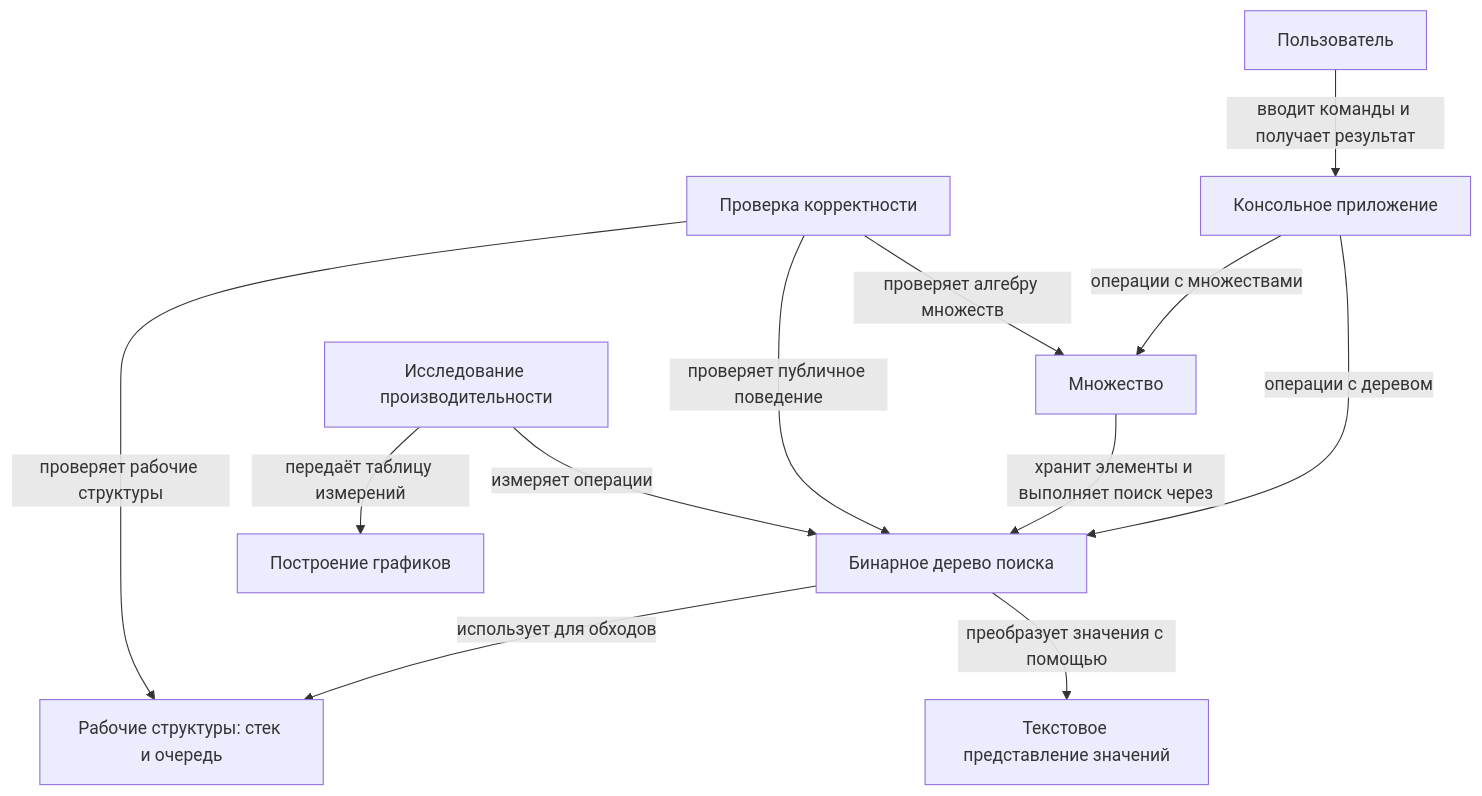
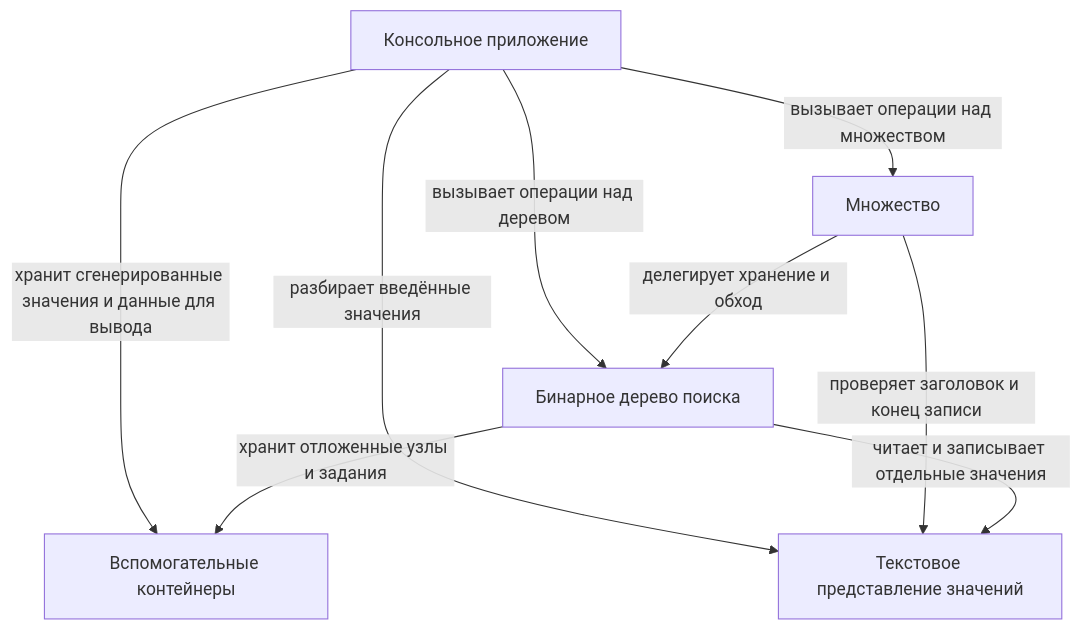
One commit to monxchrxme/NLS-Lab1-BinSearchTree changed the second of 4 diagrams in design.md. Above: the diagram before and after it, drawn with Mermaid. The commit also changed other lines of this file, not shown here.

````diff
--- a/design.md
+++ b/design.md
@@ -37,14 +41,11 @@
 ```mermaid
 flowchart TD
-    User["Пользователь"] -->|"вводит команды и получает результат"| CLI["Консольное приложение"]
-    CLI -->|"операции с деревом"| BST["Бинарное дерево поиска"]
-    CLI -->|"операции с множествами"| Set["Множество"]
-    Set -->|"хранит элементы и выполняет поиск через"| BST
-    BST -->|"использует для обходов"| Work["Рабочие структуры: стек и очередь"]
-    BST -->|"преобразует значения с помощью"| Codec["Текстовое представление значений"]
-    Tests["Проверка корректности"] -->|"проверяет публичное поведение"| BST
-    Tests -->|"проверяет алгебру множеств"| Set
-    Tests -->|"проверяет рабочие структуры"| Work
-    Bench["Исследование производительности"] -->|"измеряет операции"| BST
-    Bench -->|"передаёт таблицу измерений"| Plots["Построение графиков"]
+    CLI["Консольное приложение"] -->|"вызывает операции над деревом"| BST["Бинарное дерево поиска"]
+    CLI -->|"вызывает операции над множеством"| Set["Множество"]
+    CLI -->|"хранит сгенерированные значения и данные для вывода"| Buffers["Вспомогательные контейнеры"]
+    CLI -->|"разбирает введённые значения"| Codec["Текстовое представление значений"]
+    Set -->|"делегирует хранение и обход"| BST
+    Set -->|"проверяет заголовок и конец записи"| Codec
+    BST -->|"хранит отложенные узлы и задания"| Buffers
+    BST -->|"читает и записывает отдельные значения"| Codec
 ```
````
